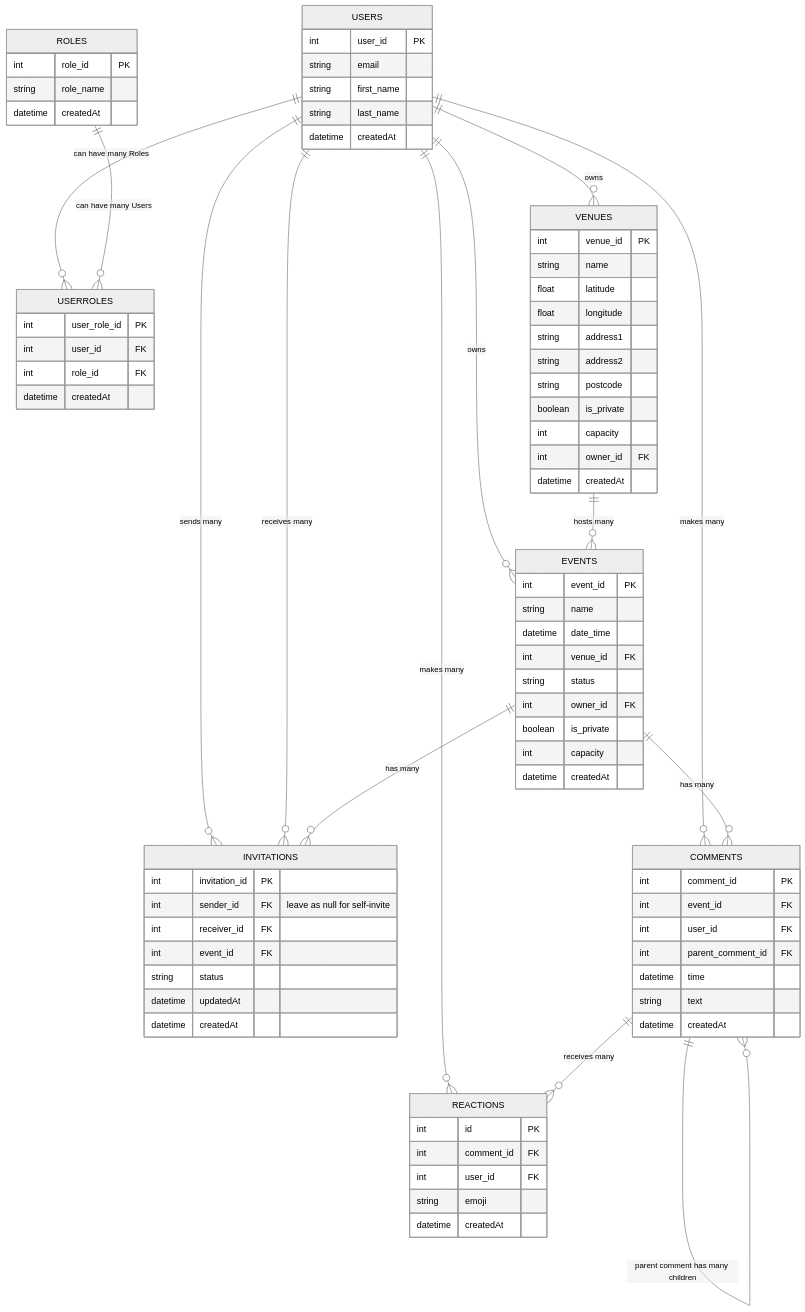
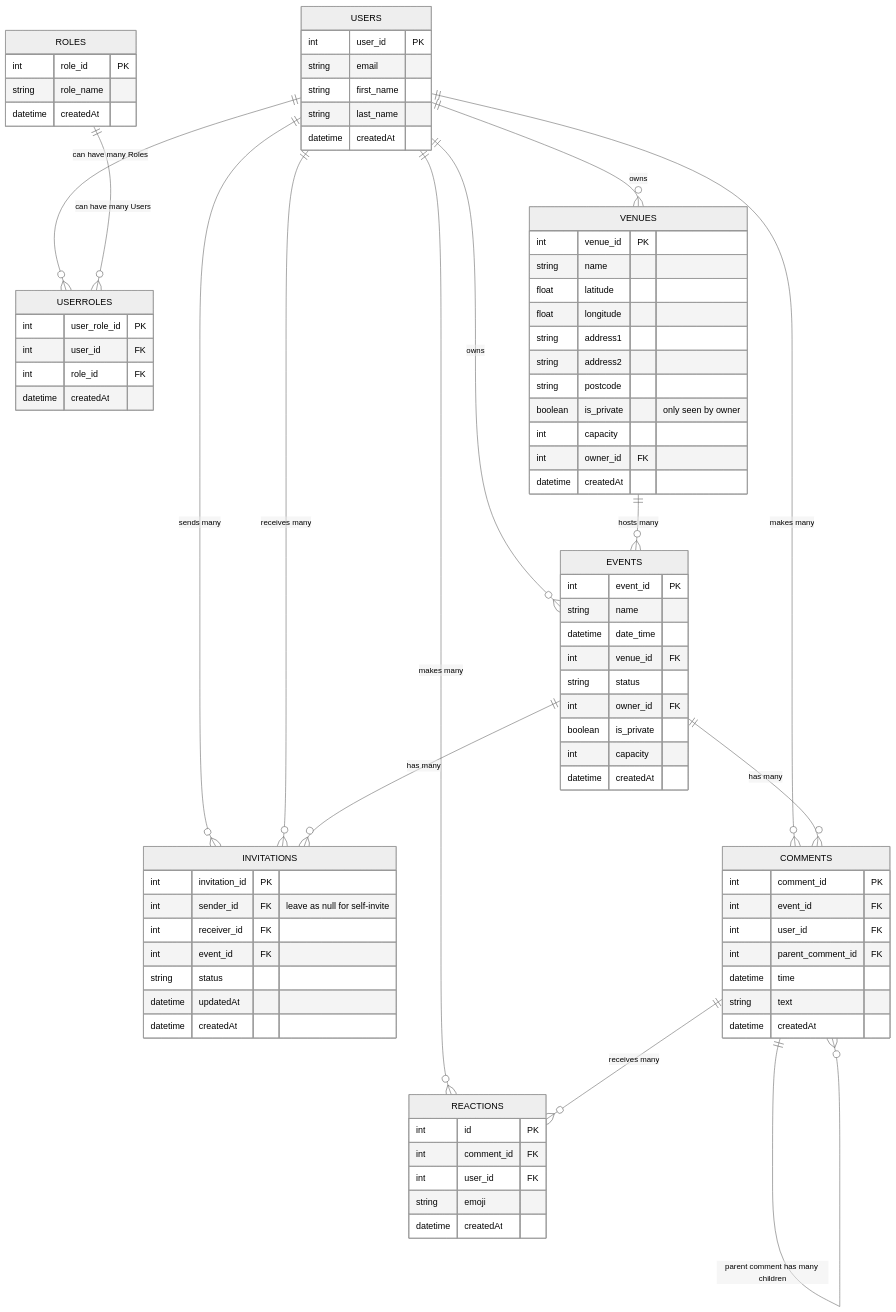
One commit to rossmawd/silver-spoon changed the diagram in relational-db-mark-one.mermaid. Above: the diagram before and after it, drawn with Mermaid (neutral theme).

Commit message:
further explanatory comment

```diff
--- a/relational-db-mark-one.mermaid
+++ b/relational-db-mark-one.mermaid
@@ -1,90 +1,90 @@
 erDiagram
 
     USERS {
         int user_id PK
         string email
         string first_name
         string last_name
         datetime createdAt
     }
     
     ROLES {
         int role_id PK
         string role_name
         datetime createdAt
     }
     
     USERROLES {
         int user_role_id PK
         int user_id FK
         int role_id FK
         datetime createdAt
     }
     
     EVENTS {
         int event_id PK
         string name
         datetime date_time
         int venue_id FK
         string status
         int owner_id FK
         boolean is_private
         int capacity
         datetime createdAt
     }
     
     VENUES {
         int venue_id PK
         string name
         float latitude
         float longitude
         string address1
         string address2
         string postcode
-        boolean is_private
+        boolean is_private "only seen by owner"
         int capacity
         int owner_id FK
         datetime createdAt
     }
 
     INVITATIONS {
         int invitation_id PK
         int sender_id FK "leave as null for self-invite"
         int receiver_id FK
         int event_id FK
         string status
         datetime updatedAt
         datetime createdAt
     }
     
     COMMENTS {
         int comment_id PK
         int event_id FK
         int user_id FK
         int parent_comment_id FK
         datetime time
         string text
         datetime createdAt
     }
     
     REACTIONS {
         int id PK
         int comment_id FK
         int user_id FK
         string emoji
         datetime createdAt
     }
 
     USERS ||--o{ USERROLES: "can have many Roles"
     ROLES ||--o{ USERROLES: "can have many Users"
     USERS ||--o{ EVENTS: "owns"
     USERS ||--o{ VENUES: "owns"
     USERS ||--o{ COMMENTS: "makes many"
     USERS ||--o{ REACTIONS: "makes many"
     EVENTS ||--o{ COMMENTS: "has many"
     COMMENTS ||--o{ REACTIONS: "receives many"
     COMMENTS ||--o{ COMMENTS: "parent comment has many children"
     VENUES ||--o{ EVENTS: "hosts many"
     USERS ||--o{ INVITATIONS: "sends many"
     USERS ||--o{ INVITATIONS: "receives many"
     EVENTS ||--o{ INVITATIONS: "has many"
```
